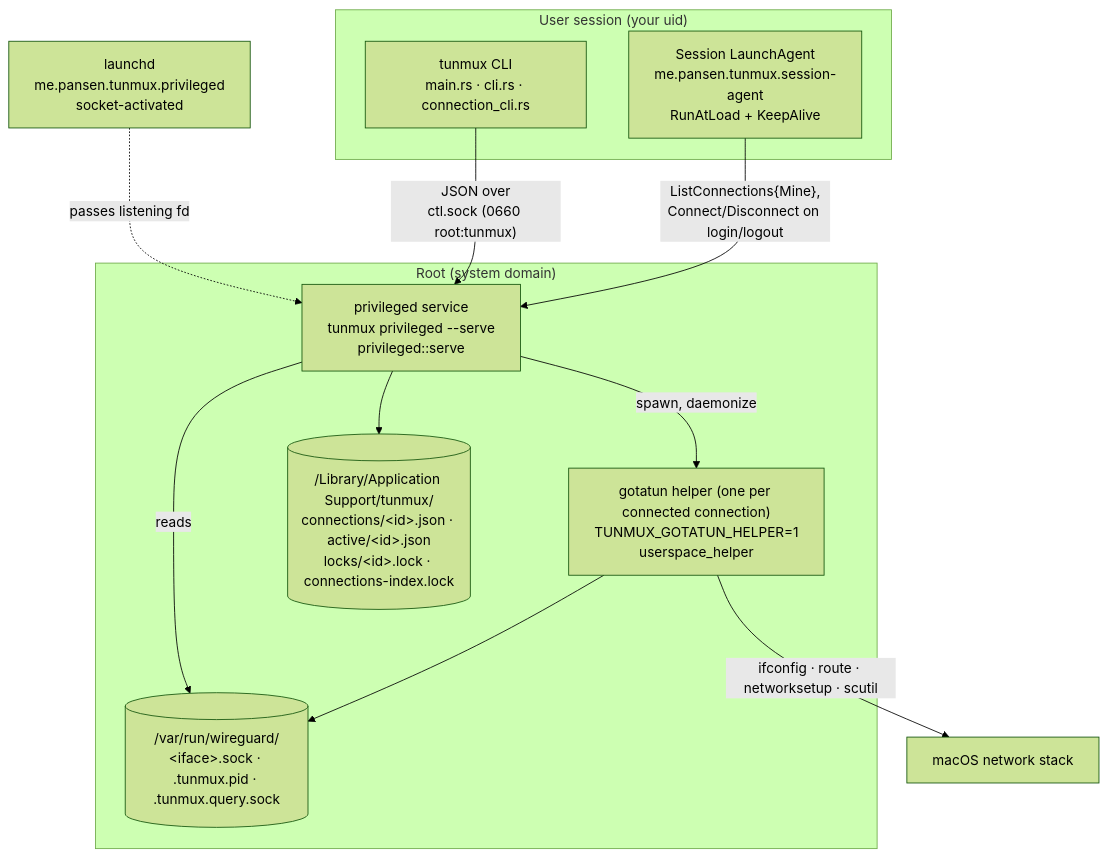
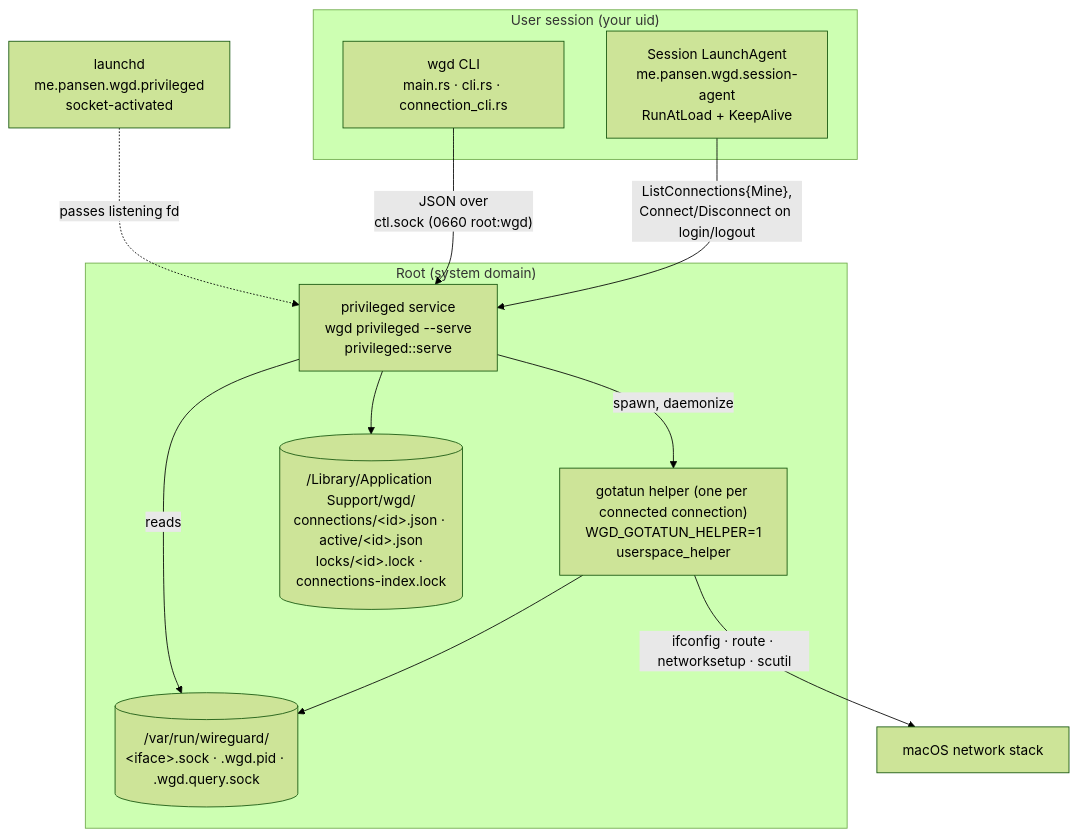
One commit to pansen/macos-wireguard-daemon changed the first of 11 diagrams in doc/architecture.md. Above: the diagram before and after it, drawn with Mermaid (forest theme). The commit also changed other lines of this file and 36 other files, not shown here.

````diff
--- a/doc/architecture.md
+++ b/doc/architecture.md
@@ -23,25 +23,25 @@
 ```mermaid
 flowchart TB
     subgraph user["User session (your uid)"]
-        CLI["tunmux CLI<br/>main.rs · cli.rs · connection_cli.rs"]
-        AGENT["Session LaunchAgent<br/>me.pansen.tunmux.session-agent<br/>RunAtLoad + KeepAlive"]
+        CLI["wgd CLI<br/>main.rs · cli.rs · connection_cli.rs"]
+        AGENT["Session LaunchAgent<br/>me.pansen.wgd.session-agent<br/>RunAtLoad + KeepAlive"]
     end
 
     subgraph root["Root (system domain)"]
-        DAEMON["privileged service<br/>tunmux privileged --serve<br/>privileged::serve"]
-        HELPER["gotatun helper (one per connected connection)<br/>TUNMUX_GOTATUN_HELPER=1<br/>userspace_helper"]
-        STORE[("/Library/Application Support/tunmux/<br/>connections/&lt;id&gt;.json · active/&lt;id&gt;.json<br/>locks/&lt;id&gt;.lock · connections-index.lock")]
-        RUN[("/var/run/wireguard/<br/>&lt;iface&gt;.sock · .tunmux.pid · .tunmux.query.sock")]
+        DAEMON["privileged service<br/>wgd privileged --serve<br/>privileged::serve"]
+        HELPER["gotatun helper (one per connected connection)<br/>WGD_GOTATUN_HELPER=1<br/>userspace_helper"]
+        STORE[("/Library/Application Support/wgd/<br/>connections/&lt;id&gt;.json · active/&lt;id&gt;.json<br/>locks/&lt;id&gt;.lock · connections-index.lock")]
+        RUN[("/var/run/wireguard/<br/>&lt;iface&gt;.sock · .wgd.pid · .wgd.query.sock")]
     end
 
-    LD["launchd<br/>me.pansen.tunmux.privileged<br/>socket-activated"]
+    LD["launchd<br/>me.pansen.wgd.privileged<br/>socket-activated"]
 
     AGENT -->|"ListConnections{Mine},<br/>Connect/Disconnect on login/logout"| DAEMON
-    CLI -->|"JSON over<br/>ctl.sock (0660 root:tunmux)"| DAEMON
+    CLI -->|"JSON over<br/>ctl.sock (0660 root:wgd)"| DAEMON
     LD -.->|"passes listening fd"| DAEMON
     DAEMON -->|"spawn, daemonize"| HELPER
     DAEMON --> STORE
     HELPER --> RUN
     DAEMON -->|"reads"| RUN
     HELPER -->|"ifconfig · route · networksetup · scutil"| SYS["macOS network stack"]
 ```
````
